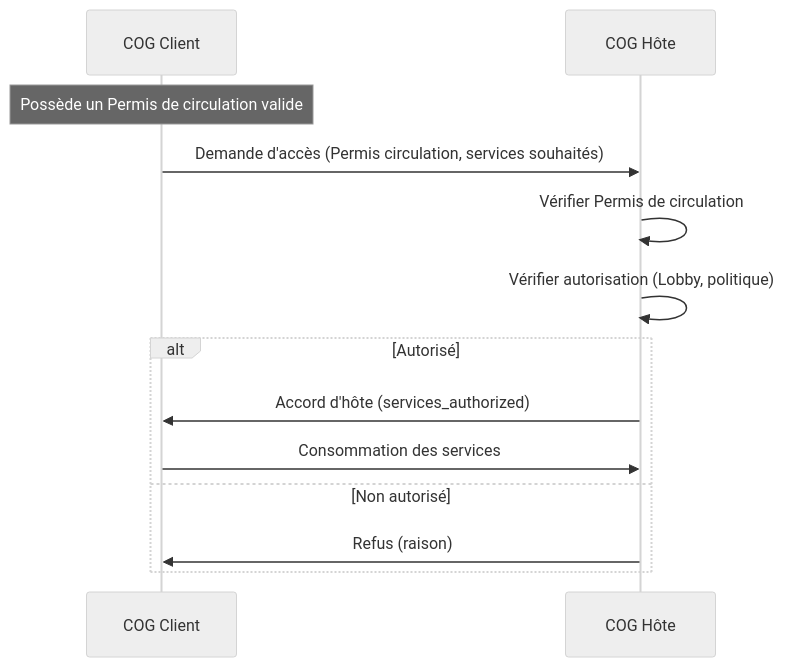
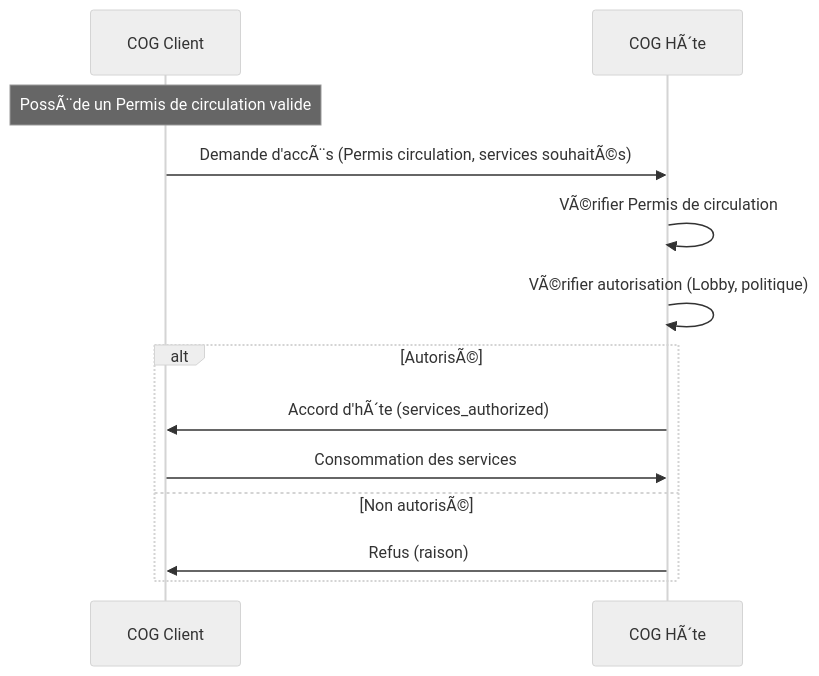
One commit to StudioMiyukini/miyukini_cog changed the fifth of 7 diagrams in docs/miyukini-webway-system/verification/MWS - Passeport et Visa.md. Above: the diagram before and after it, drawn with Mermaid (neutral theme). The commit also changed other lines of this file and 1287 other files, not shown here.

````diff
--- a/docs/miyukini-webway-system/verification/MWS - Passeport et Visa.md
+++ b/docs/miyukini-webway-system/verification/MWS - Passeport et Visa.md
@@ -436,16 +436,16 @@
 ```mermaid
 sequenceDiagram
     participant Client as COG Client
-    participant Host as COG Hôte
+    participant Host as COG HÃ´te
 
-    Note over Client: Possède un Permis de circulation valide
-    Client->>Host: Demande d'accès (Permis circulation, services souhaités)
-    Host->>Host: Vérifier Permis de circulation
-    Host->>Host: Vérifier autorisation (Lobby, politique)
-    alt Autorisé
-        Host->>Client: Accord d'hôte (services_authorized)
+    Note over Client: PossÃ¨de un Permis de circulation valide
+    Client->>Host: Demande d'accÃ¨s (Permis circulation, services souhaitÃ©s)
+    Host->>Host: VÃ©rifier Permis de circulation
+    Host->>Host: VÃ©rifier autorisation (Lobby, politique)
+    alt AutorisÃ©
+        Host->>Client: Accord d'hÃ´te (services_authorized)
         Client->>Host: Consommation des services
-    else Non autorisé
+    else Non autorisÃ©
         Host->>Client: Refus (raison)
     end
 ```
````
